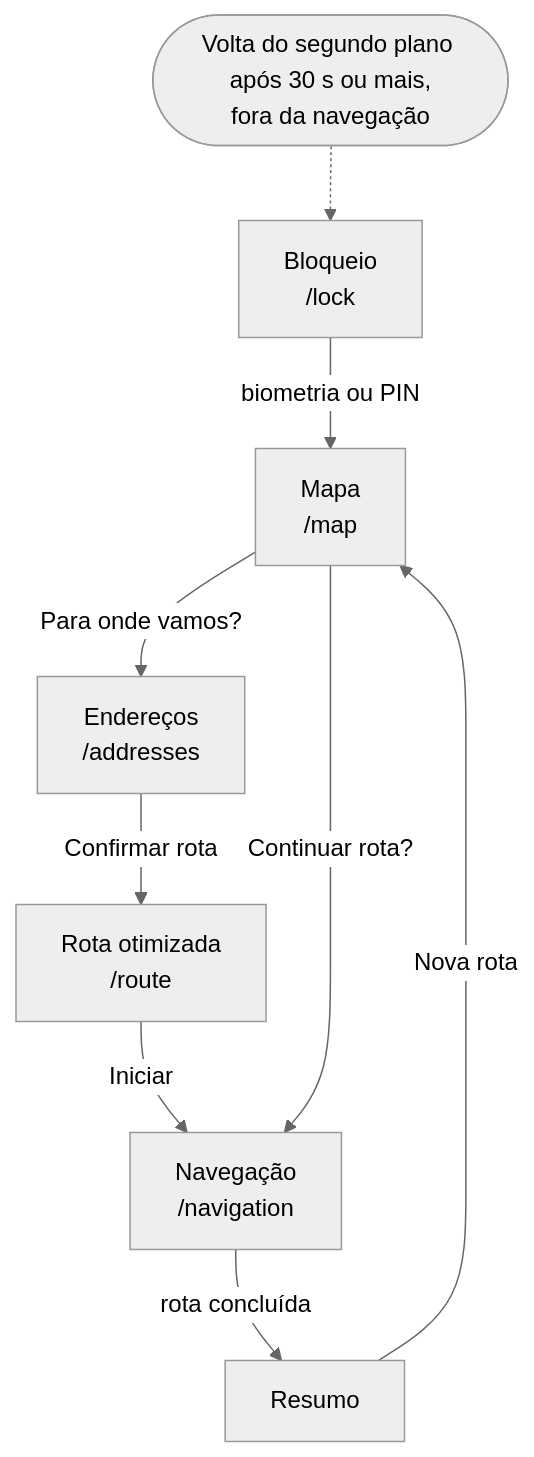
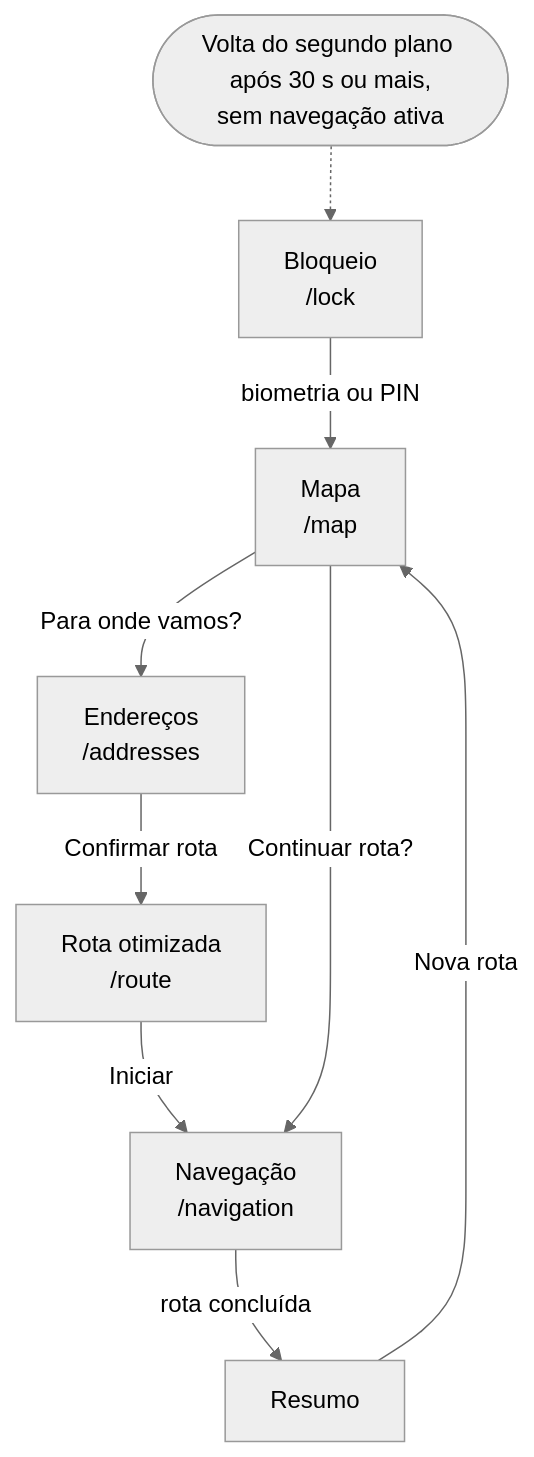
Before and after one commit to Sancho18/routebreeze: the second of 2 diagrams in README.md, drawn with Mermaid (neutral theme). The commit also changed other lines of this file, not shown here.

First line of the commit message:
docs: complete the layers diagram and the exit wording

````diff
--- a/README.md
+++ b/README.md
@@ -278,11 +279,11 @@
 ```mermaid
 flowchart TB
     lock["Bloqueio<br/>/lock"] -->|"biometria ou PIN"| map["Mapa<br/>/map"]
     map -->|"Para onde vamos?"| addresses["Endereços<br/>/addresses"]
     addresses -->|"Confirmar rota"| route["Rota otimizada<br/>/route"]
     route -->|"Iniciar"| navigation["Navegação<br/>/navigation"]
     map -->|"Continuar rota?"| navigation
     navigation -->|"rota concluída"| summary["Resumo"]
     summary -->|"Nova rota"| map
-    relock(["Volta do segundo plano após 30 s ou mais,<br/>fora da navegação"]) -.-> lock
+    relock(["Volta do segundo plano após 30 s ou mais,<br/>sem navegação ativa"]) -.-> lock
 ```
````
